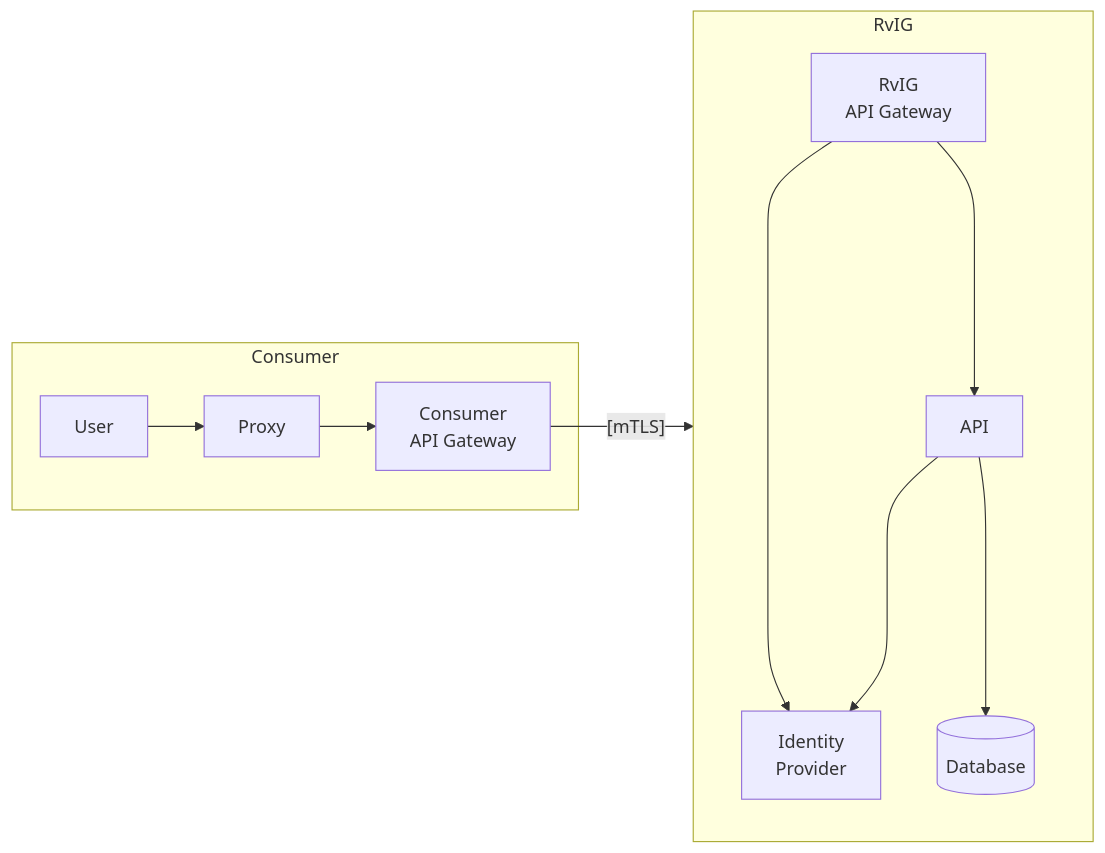
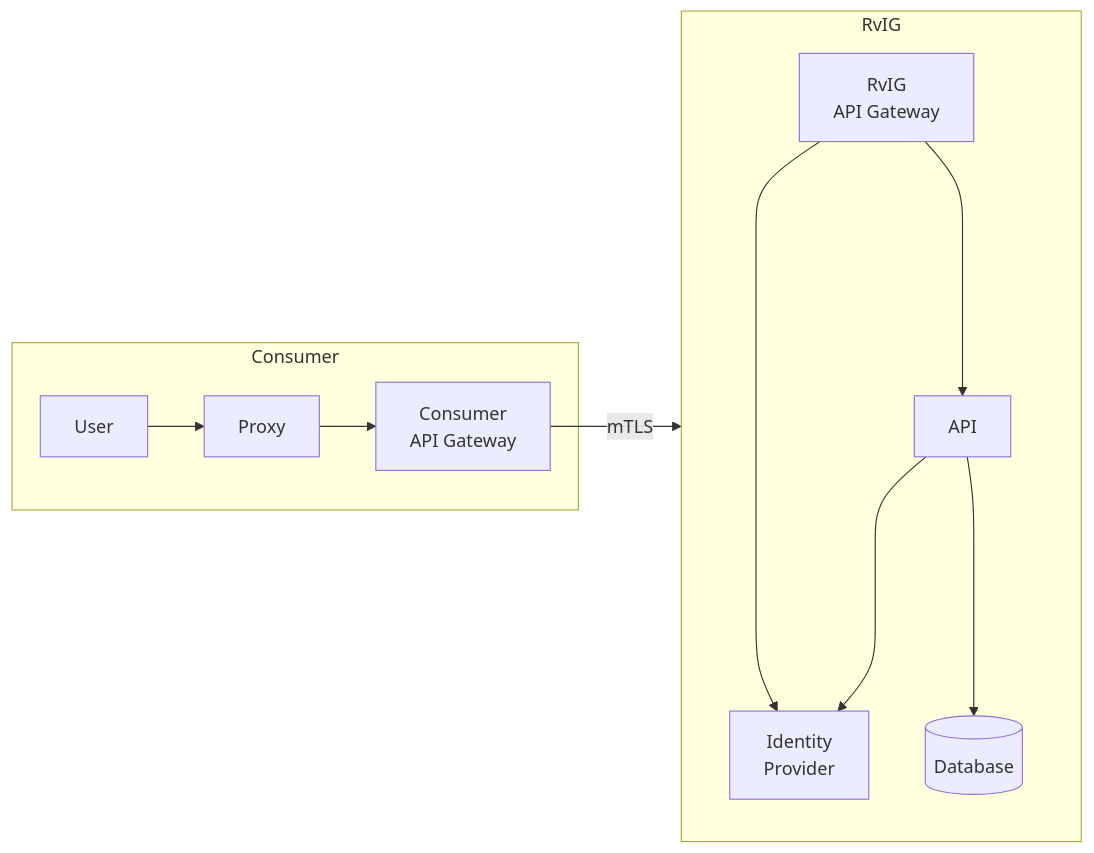
The first of 2 diagrams in docs/adr/0002-multi-container-pods.md (BRP-API/brp-shared-dotnet), drawn with Mermaid before and after one commit. The commit also changed other lines of this file, not shown here.

Commit message:
chore(mermaid-graph): verwijderen [] in link tekst

````diff
--- a/docs/adr/0002-multi-container-pods.md
+++ b/docs/adr/0002-multi-container-pods.md
@@ -3,29 +3,29 @@
 ```mermaid
 flowchart LR
 
 User
 Proxy
 CAGW["Consumer
 API Gateway"]
 PAGW["RvIG
 API Gateway"]
 API
 IDP["Identity
 Provider"]
 DB[(Database)]
 
 subgraph Consumer
     User --> Proxy
     Proxy --> CAGW
 end
 
-CAGW -- [mTLS] --> PAGW
+CAGW -- mTLS --> PAGW
 
 subgraph RvIG
     direction TB
     PAGW ----> API
     PAGW ----> IDP
     API ----> IDP
     API ----> DB
 end
 ```
````
